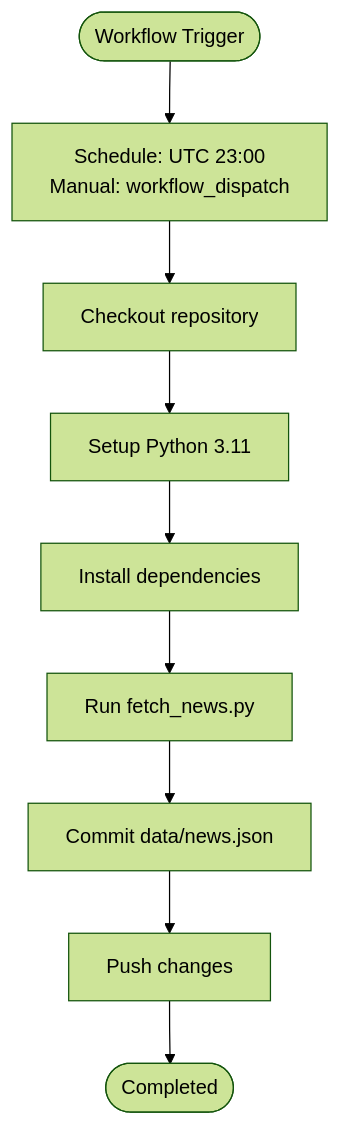
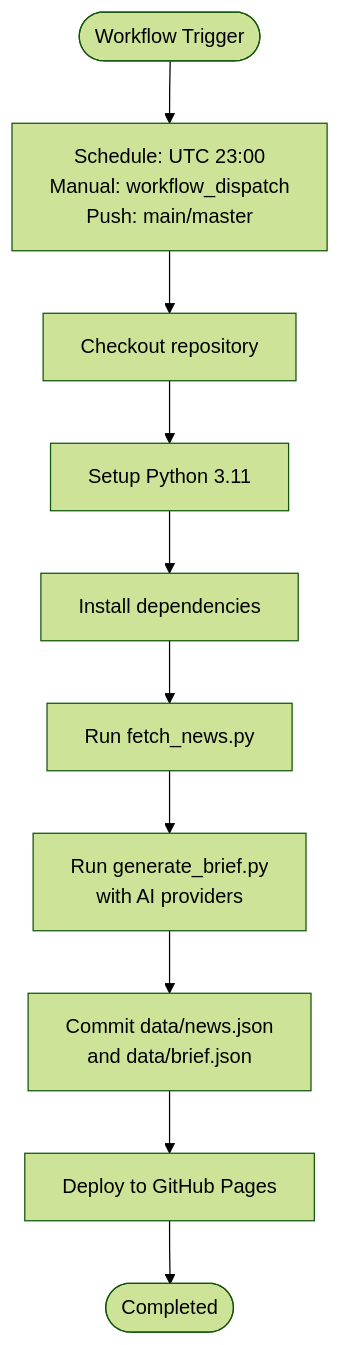
The third of 8 diagrams in .qoder/repowiki/en/content/Deployment & Automation.md (junxie01/daily_news), drawn with Mermaid (forest theme) before and after one commit. The commit also changed other lines of this file and 3 other files, not shown here.

````diff
--- a/.qoder/repowiki/en/content/Deployment & Automation.md
+++ b/.qoder/repowiki/en/content/Deployment & Automation.md
@@ -127,11 +161,12 @@
 ```mermaid
 flowchart TD
-Start(["Workflow Trigger"]) --> S1["Schedule: UTC 23:00<br/>Manual: workflow_dispatch"]
+Start(["Workflow Trigger"]) --> S1["Schedule: UTC 23:00<br/>Manual: workflow_dispatch<br/>Push: main/master"]
 S1 --> S2["Checkout repository"]
 S2 --> S3["Setup Python 3.11"]
 S3 --> S4["Install dependencies"]
 S4 --> S5["Run fetch_news.py"]
-S5 --> S6["Commit data/news.json"]
-S6 --> S7["Push changes"]
-S7 --> End(["Completed"])
+S5 --> S6["Run generate_brief.py<br/>with AI providers"]
+S6 --> S7["Commit data/news.json<br/>and data/brief.json"]
+S7 --> S8["Deploy to GitHub Pages"]
+S8 --> End(["Completed"])
 ```
````
